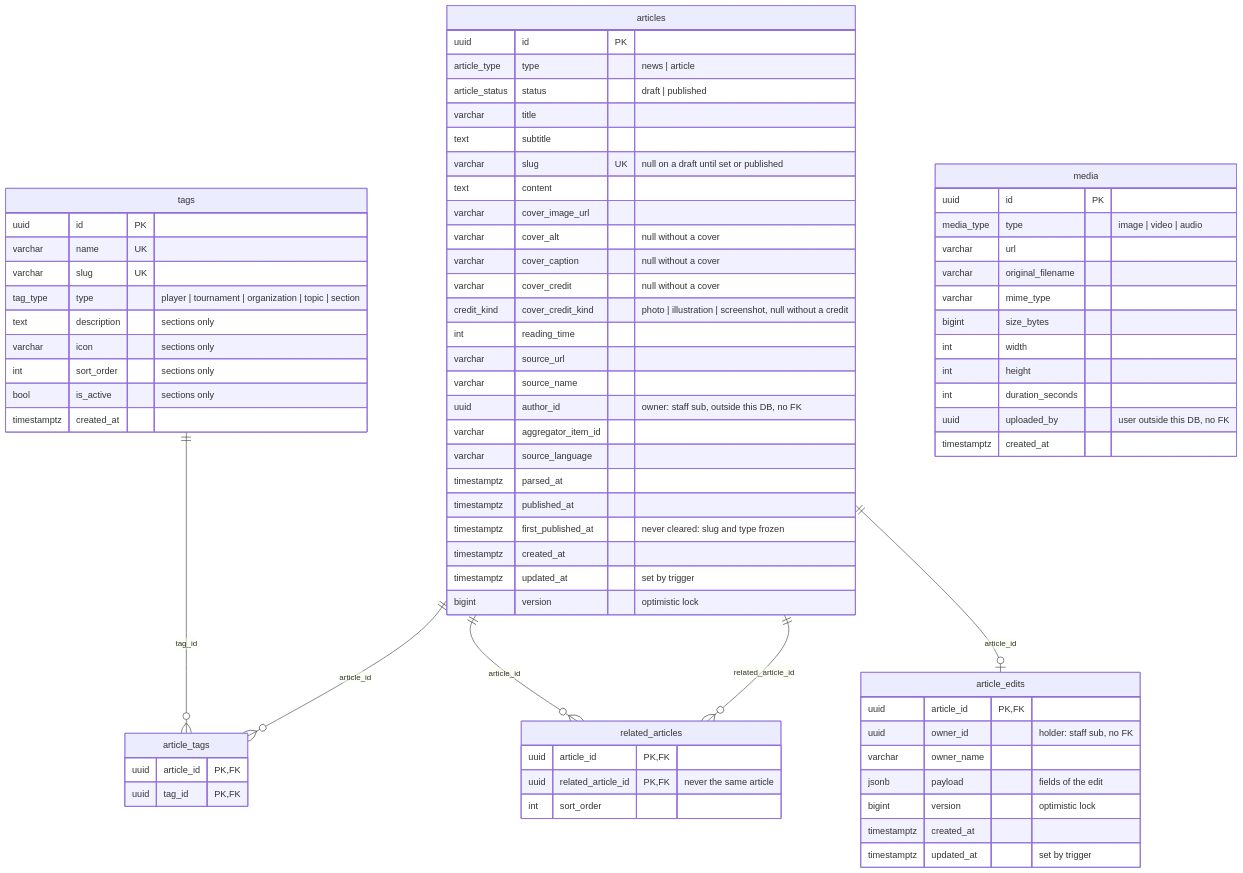
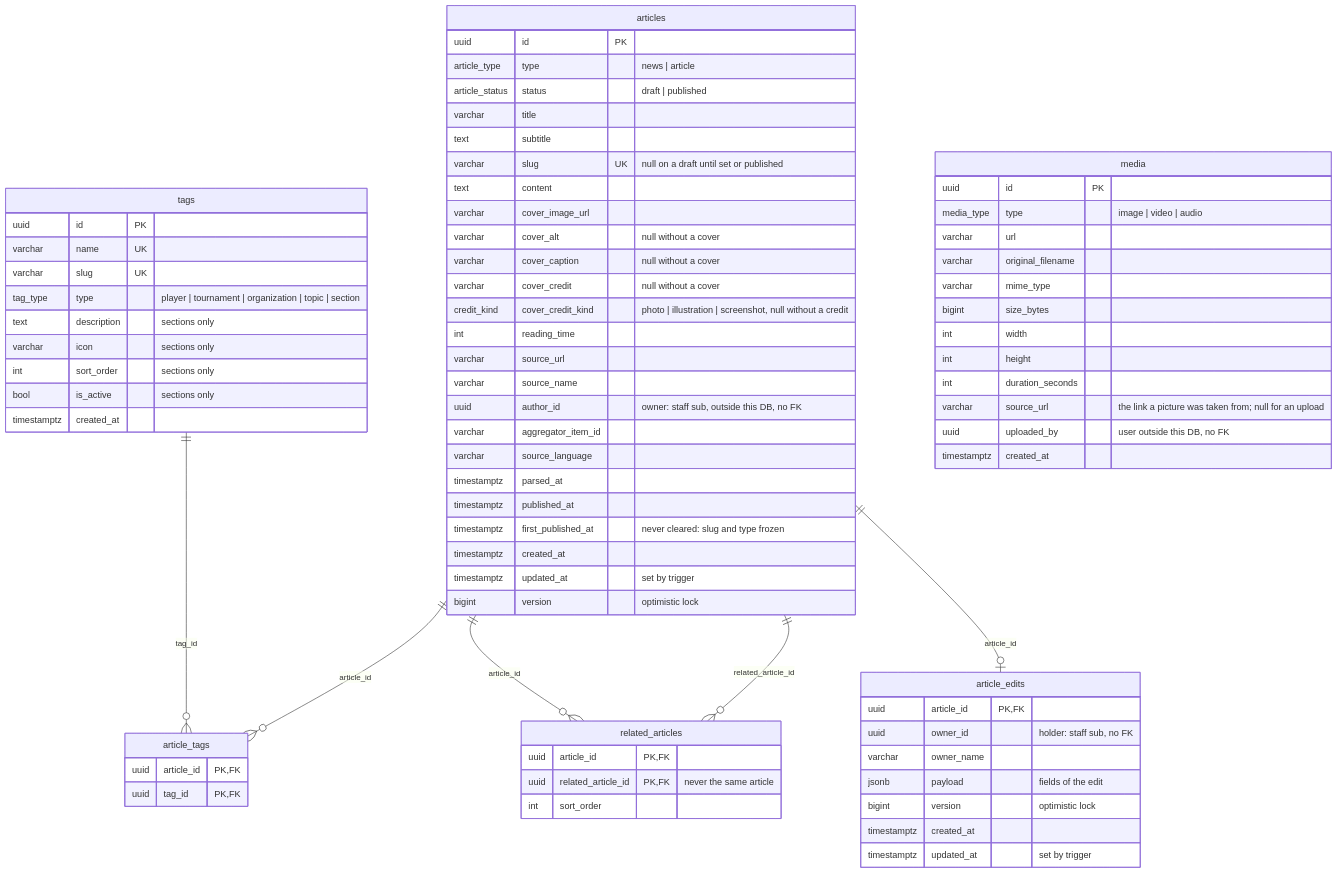
The diagram in architecture/er/content-db.md (tennis-wire/tennis-wire), drawn with Mermaid before and after one commit. The commit also changed 1 other file, not shown here.

Commit message:
docs: picture from a link

```diff
--- a/architecture/er/content-db.md
+++ b/architecture/er/content-db.md
@@ -80,6 +80,7 @@
         int width
         int height
         int duration_seconds
+        varchar source_url "the link a picture was taken from; null for an upload"
         uuid uploaded_by "user outside this DB, no FK"
         timestamptz created_at
     }
```
